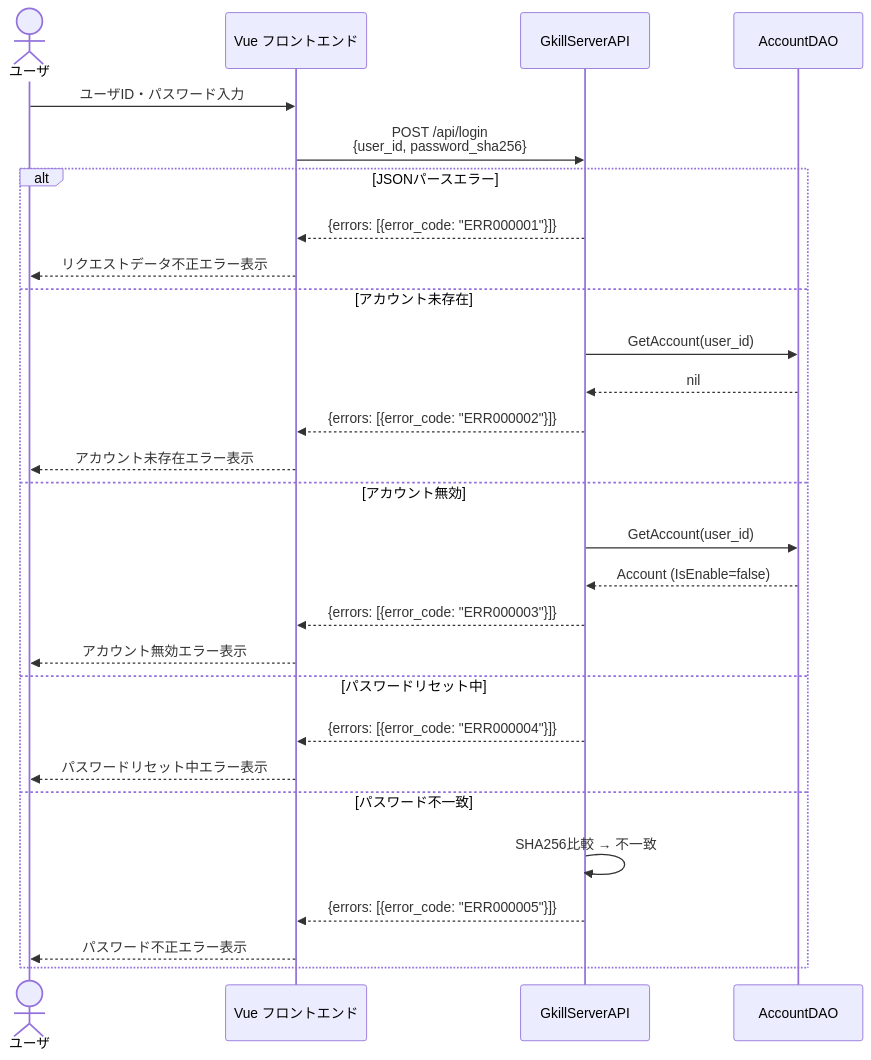
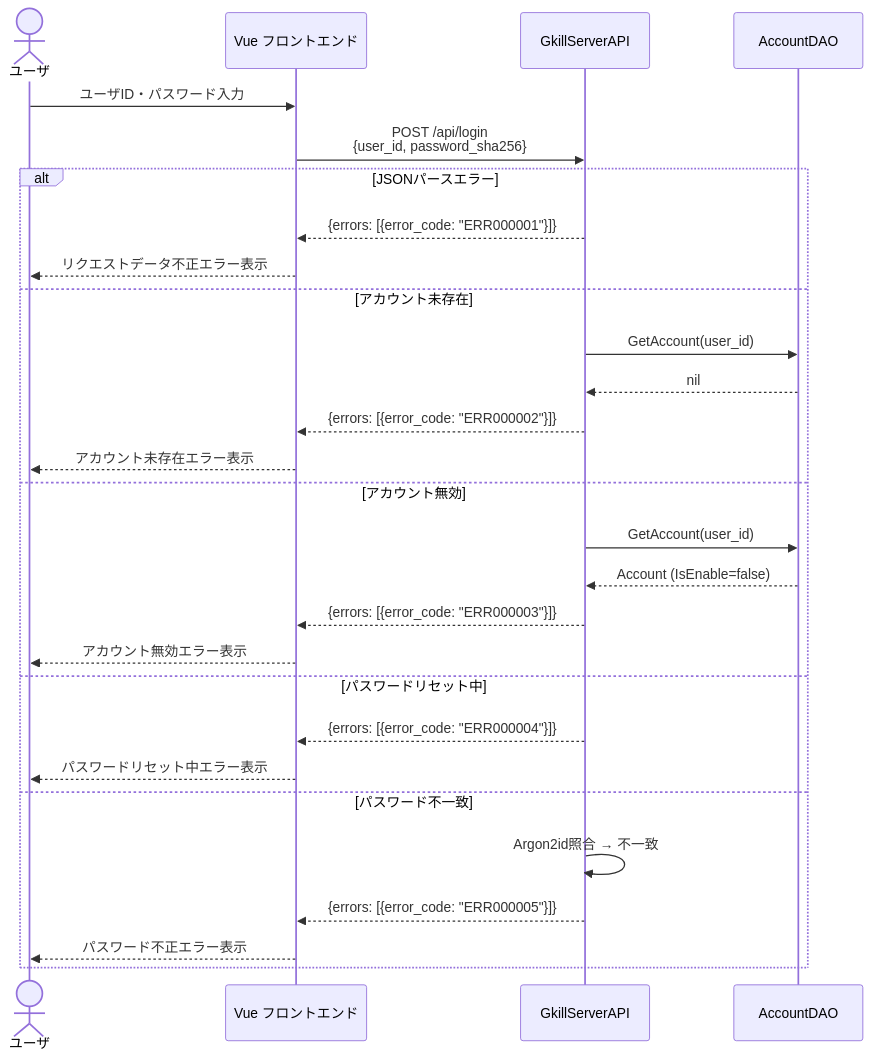
One commit to mt3hr/gkill changed diagram 25 of 29 in documents/reverse/sequence-diagrams.md. Above: the diagram before and after it, drawn with Mermaid. The commit also changed other lines of this file and 62 other files, not shown here.

````diff
--- a/documents/reverse/sequence-diagrams.md
+++ b/documents/reverse/sequence-diagrams.md
@@ -735,32 +796,32 @@
 ```mermaid
 sequenceDiagram
     actor User as ユーザ
     participant UI as Vue フロントエンド
     participant API as GkillServerAPI
     participant AccDAO as AccountDAO
 
     User->>UI: ユーザID・パスワード入力
     UI->>API: POST /api/login<br>{user_id, password_sha256}
 
     alt JSONパースエラー
         API-->>UI: {errors: [{error_code: "ERR000001"}]}
         UI-->>User: リクエストデータ不正エラー表示
     else アカウント未存在
         API->>AccDAO: GetAccount(user_id)
         AccDAO-->>API: nil
         API-->>UI: {errors: [{error_code: "ERR000002"}]}
         UI-->>User: アカウント未存在エラー表示
     else アカウント無効
         API->>AccDAO: GetAccount(user_id)
         AccDAO-->>API: Account (IsEnable=false)
         API-->>UI: {errors: [{error_code: "ERR000003"}]}
         UI-->>User: アカウント無効エラー表示
     else パスワードリセット中
         API-->>UI: {errors: [{error_code: "ERR000004"}]}
         UI-->>User: パスワードリセット中エラー表示
     else パスワード不一致
-        API->>API: SHA256比較 → 不一致
+        API->>API: Argon2id照合 → 不一致
         API-->>UI: {errors: [{error_code: "ERR000005"}]}
         UI-->>User: パスワード不正エラー表示
     end
 ```
````
